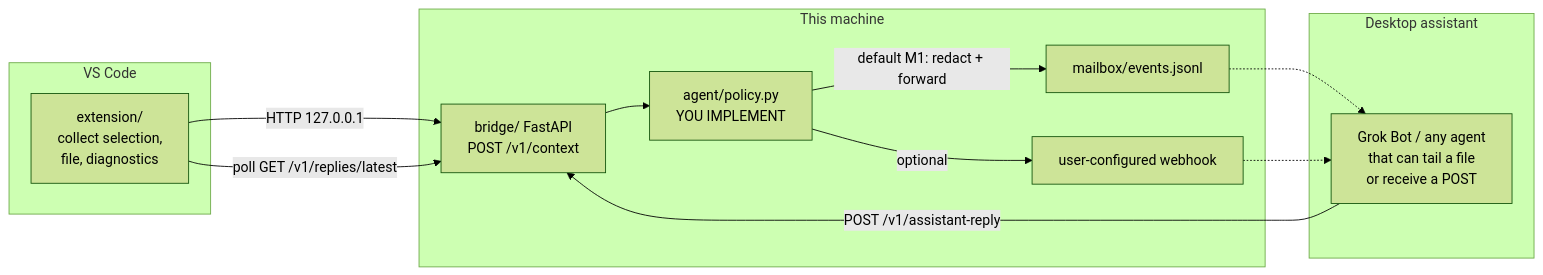
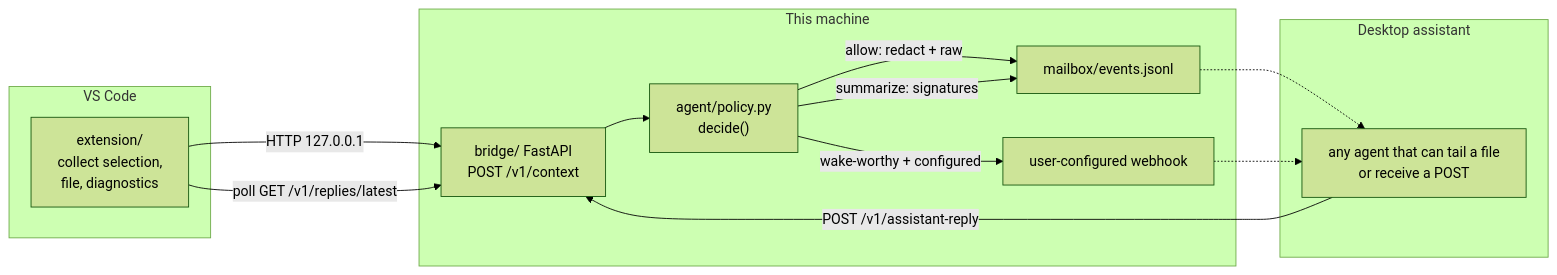
One commit to Ashishkosana/ide-pair-agent changed the diagram in README.md. Above: the diagram before and after it, drawn with Mermaid (forest theme). The commit also changed other lines of this file and 11 other files, not shown here.

First line of the commit message:
Implement pair-agent decide() with allow/drop/summarize rules

````diff
--- a/README.md
+++ b/README.md
@@ -23,22 +23,23 @@
 ```mermaid
 flowchart LR
   subgraph ide [VS Code]
     Ext["extension/\ncollect selection,\nfile, diagnostics"]
   end
   subgraph local [This machine]
     Bridge["bridge/ FastAPI\nPOST /v1/context"]
-    Policy["agent/policy.py\nYOU IMPLEMENT"]
+    Policy["agent/policy.py\ndecide()"]
     Mailbox["mailbox/events.jsonl"]
     Ext -->|"HTTP 127.0.0.1"| Bridge
     Bridge --> Policy
-    Policy -->|"default M1: redact + forward"| Mailbox
-    Policy -->|"optional"| Webhook["user-configured webhook"]
+    Policy -->|"allow: redact + raw"| Mailbox
+    Policy -->|"summarize: signatures"| Mailbox
+    Policy -->|"wake-worthy + configured"| Webhook["user-configured webhook"]
   end
   subgraph assistant [Desktop assistant]
-    Bot["Grok Bot / any agent\nthat can tail a file\nor receive a POST"]
+    Bot["any agent that can tail a file\nor receive a POST"]
     Mailbox -.-> Bot
     Webhook -.-> Bot
     Bot -->|"POST /v1/assistant-reply"| Bridge
     Ext -->|"poll GET /v1/replies/latest"| Bridge
   end
 ```
````
